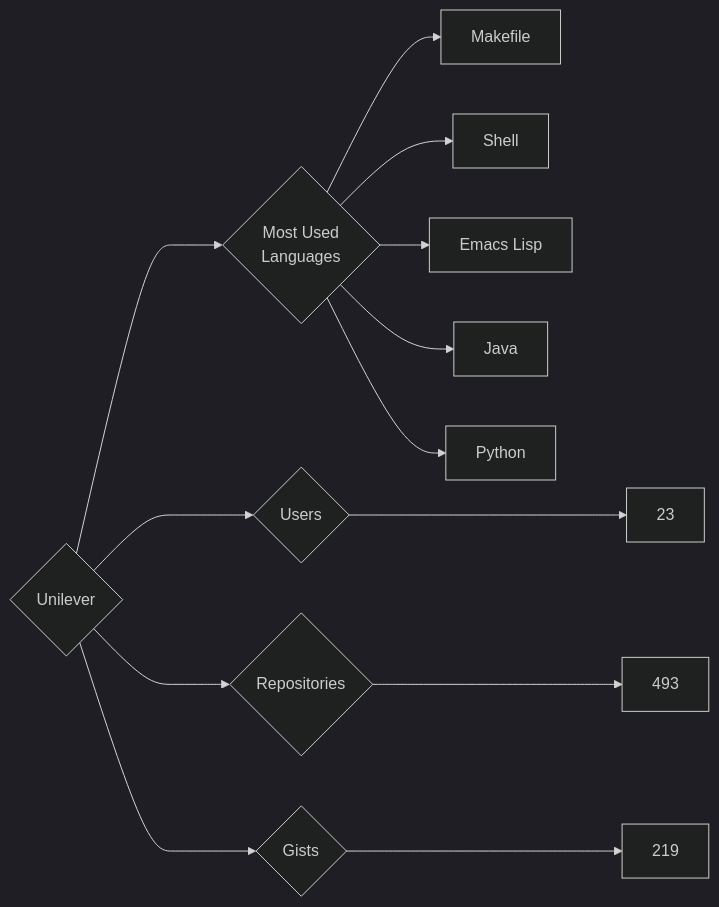
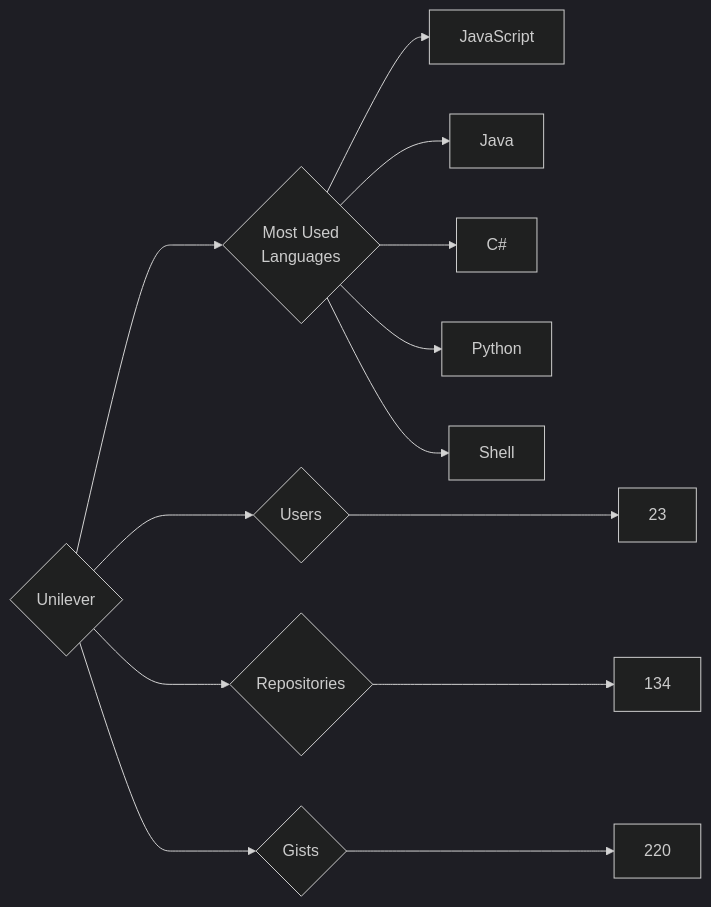
Before and after one commit to trickest/insiders: the diagram in targets/Unilever/README.md, drawn with Mermaid (dark theme). The commit also changed 970 other files, not shown here.

````diff
--- a/targets/Unilever/README.md
+++ b/targets/Unilever/README.md
@@ -3,13 +3,13 @@
 ```mermaid
 graph LR
 COMPANY_NAME{Unilever}
 COMPANY_NAME ---> U{Users} ---> UN[23]
-COMPANY_NAME ---> R{Repositories} ---> RN[493]
-COMPANY_NAME ---> G{Gists} ---> GN[219]
+COMPANY_NAME ---> R{Repositories} ---> RN[134]
+COMPANY_NAME ---> G{Gists} ---> GN[220]
 COMPANY_NAME ---> ML{Most Used<br>Languages}
-ML --> Makefile[Makefile]
+ML --> JavaScript[JavaScript]
+ML --> Java[Java]
+ML --> C#[C#]
+ML --> Python[Python]
 ML --> Shell[Shell]
-ML --> Emacs_Lisp[Emacs Lisp]
-ML --> Java[Java]
-ML --> Python[Python]
 ```
````
